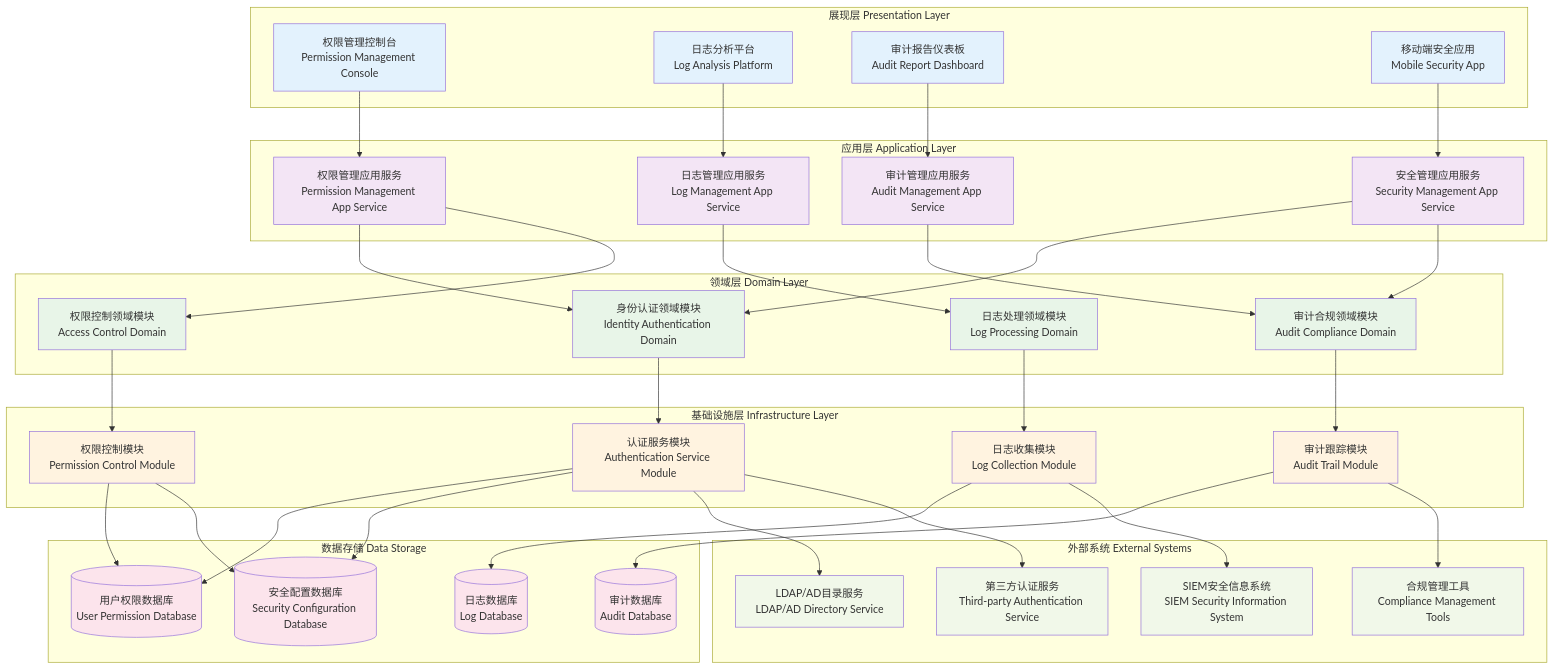
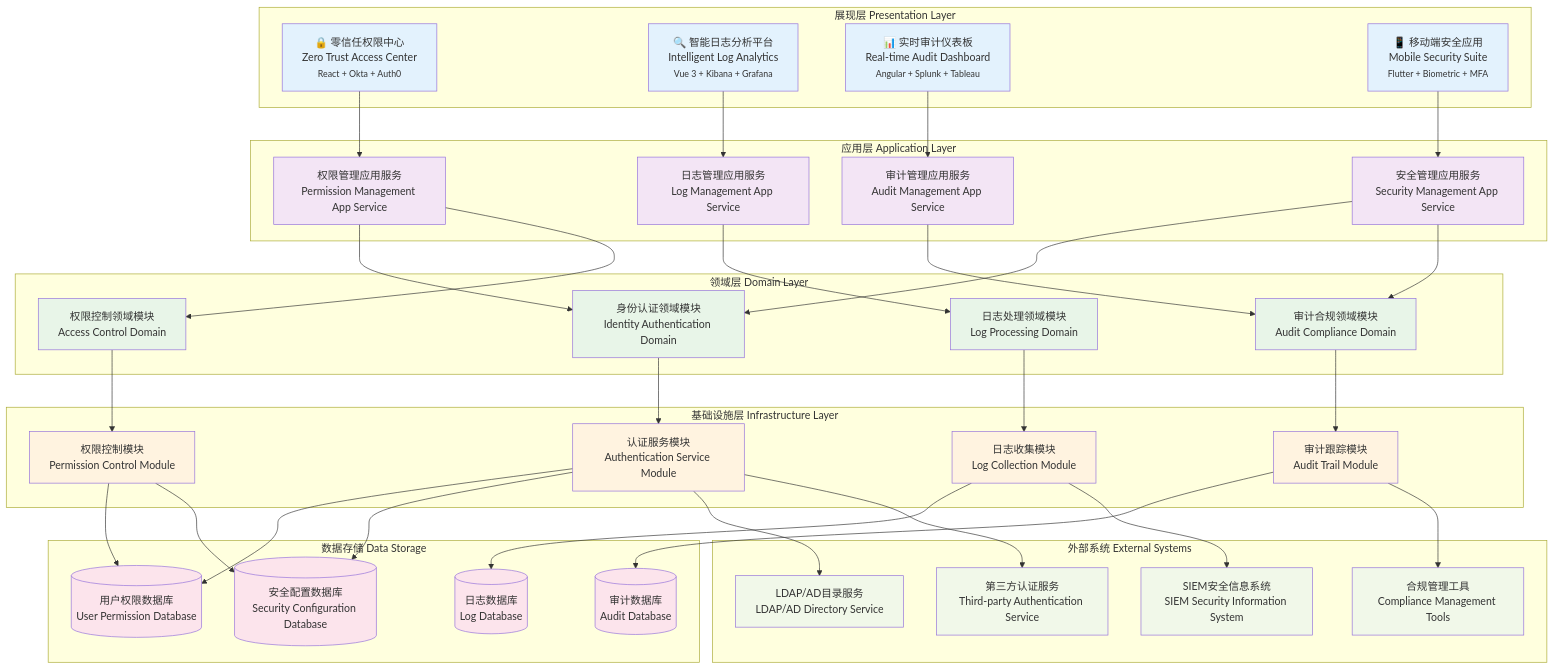
One commit to xsl625/- changed the diagram in 24.2.9_logging_permission_architecture.md. Above: the diagram before and after it, drawn with Mermaid. The commit also changed other lines of this file and 9 other files, not shown here.

Commit message:
Enhance architecture docs with detailed technical insights and modern tech stack

````diff
--- a/24.2.9_logging_permission_architecture.md
+++ b/24.2.9_logging_permission_architecture.md
@@ -8,10 +14,10 @@
 ```mermaid
 graph TB
     subgraph "展现层 Presentation Layer"
-        A[权限管理控制台<br/>Permission Management Console]
-        B[日志分析平台<br/>Log Analysis Platform]
-        C[审计报告仪表板<br/>Audit Report Dashboard]
-        D[移动端安全应用<br/>Mobile Security App]
+        A[🔒 零信任权限中心<br/>Zero Trust Access Center<br/><small>React + Okta + Auth0</small>]
+        B[🔍 智能日志分析平台<br/>Intelligent Log Analytics<br/><small>Vue 3 + Kibana + Grafana</small>]
+        C[📊 实时审计仪表板<br/>Real-time Audit Dashboard<br/><small>Angular + Splunk + Tableau</small>]
+        D[📱 移动端安全应用<br/>Mobile Security Suite<br/><small>Flutter + Biometric + MFA</small>]
     end
     
     subgraph "应用层 Application Layer"
````
